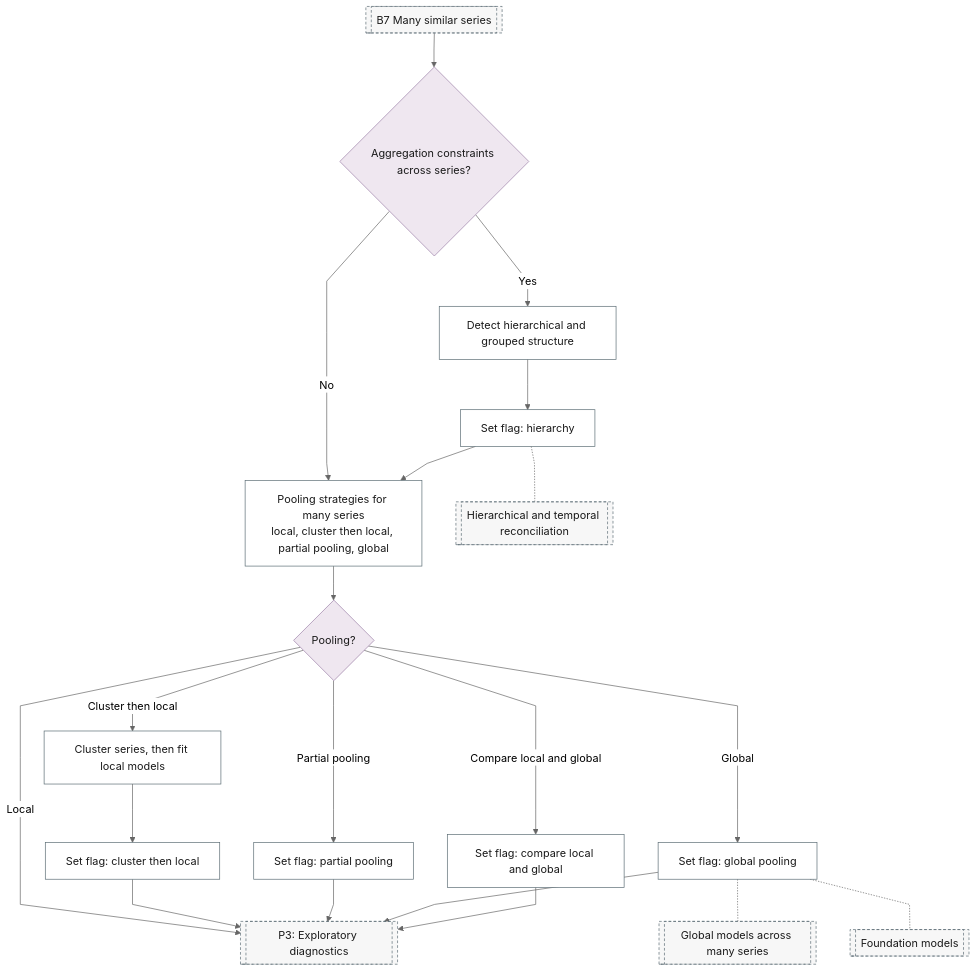
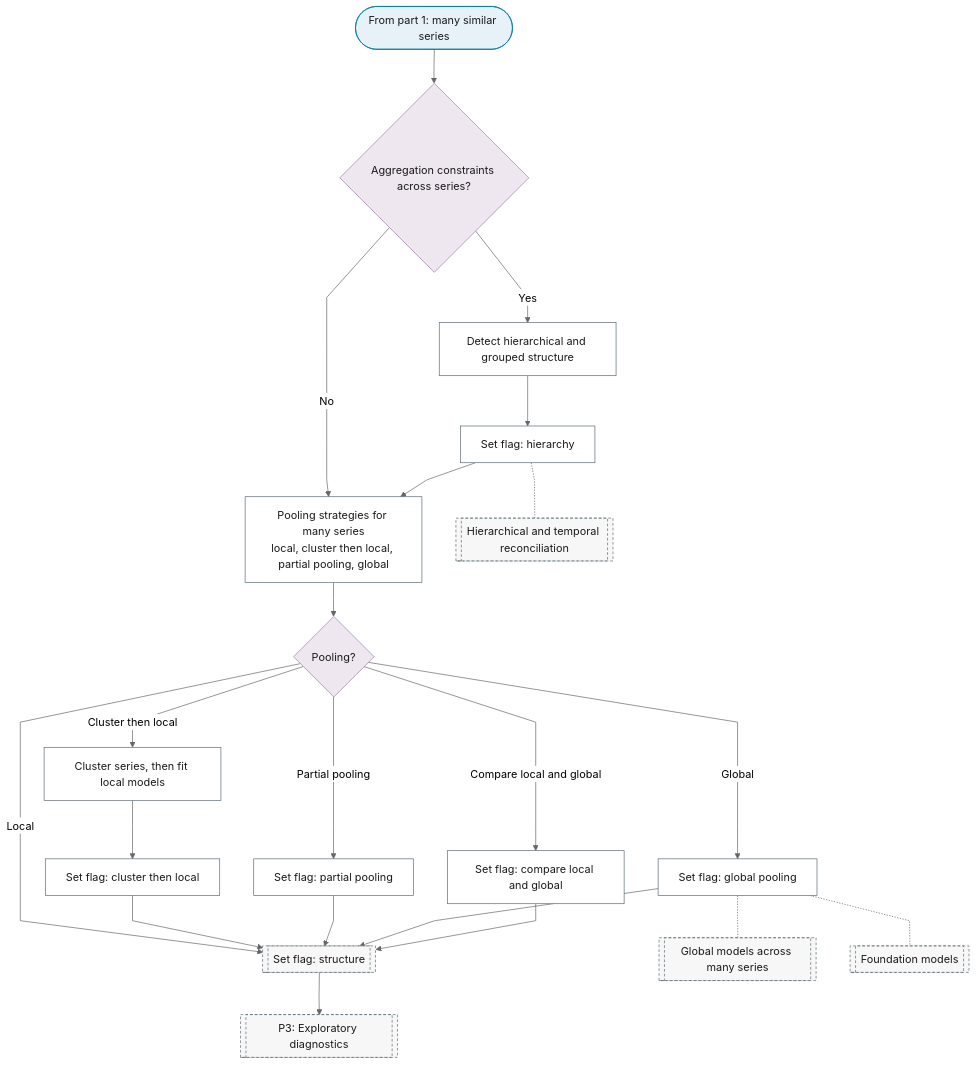
One commit to Shuxin-Y/time-series-analysis-manual changed the second of 2 diagrams in docs/01-workflow/p02-data-type-gate.md. Above: the diagram before and after it, drawn with Mermaid (neutral theme). The commit also changed other lines of this file and 14 other files, not shown here.

````diff
--- a/docs/01-workflow/p02-data-type-gate.md
+++ b/docs/01-workflow/p02-data-type-gate.md
@@ -71,31 +73,33 @@
 ```mermaid
 %%{init: {"flowchart": {"curve": "linear"}}}%%
 graph TD
-    B7[["B7 Many similar series"]] --> B7_AGGREGATION{"Aggregation constraints across series?"}
+    P2_PART_2_IN(["From part 1: many similar series"]) --> B7_AGGREGATION{"Aggregation constraints across series?"}
     B7_AGGREGATION -->|"Yes"| B7_HIERARCHY["Detect hierarchical and grouped structure"]
     B7_AGGREGATION -->|"No"| B7_GLOBAL_VS_LOCAL
     B7_HIERARCHY --> B7_HIERARCHY_FLAG["Set flag: hierarchy"]
     B7_HIERARCHY_FLAG --> B7_GLOBAL_VS_LOCAL["Pooling strategies for many series<br/>local, cluster then local, partial pooling, global"]
     B7_GLOBAL_VS_LOCAL --> B7_POOLING{"Pooling?"}
-    B7_POOLING -->|"Local"| P3[["P3: Exploratory diagnostics"]]
+    B7_POOLING -->|"Local"| P2_STRUCTURE_FLAG
     B7_POOLING -->|"Cluster then local"| B7_CLUSTER_THEN_LOCAL["Cluster series, then fit local models"]
     B7_POOLING -->|"Partial pooling"| B7_PARTIAL_FLAG["Set flag: partial pooling"]
     B7_POOLING -->|"Global"| B7_GLOBAL_FLAG["Set flag: global pooling"]
     B7_POOLING -->|"Compare local and global"| B7_COMPARE_FLAG["Set flag: compare local and global"]
     B7_CLUSTER_THEN_LOCAL --> B7_CLUSTER_FLAG["Set flag: cluster then local"]
-    B7_CLUSTER_FLAG & B7_PARTIAL_FLAG & B7_GLOBAL_FLAG & B7_COMPARE_FLAG --> P3
+    B7_CLUSTER_FLAG & B7_PARTIAL_FLAG & B7_GLOBAL_FLAG & B7_COMPARE_FLAG --> P2_STRUCTURE_FLAG[["Set flag: structure"]]
+    P2_STRUCTURE_FLAG --> P3[["P3: Exploratory diagnostics"]]
     B7_GLOBAL_FLAG -.- P6_GLOBAL_MODELS[["Global models across many series"]]
     B7_GLOBAL_FLAG -.- P6_FOUNDATION_MODELS[["Foundation models"]]
     B7_HIERARCHY_FLAG -.- P11_RECONCILIATION[["Hierarchical and temporal reconciliation"]]
     class B7_AGGREGATION,B7_POOLING decision
     class B7_HIERARCHY,B7_HIERARCHY_FLAG,B7_GLOBAL_VS_LOCAL,B7_CLUSTER_THEN_LOCAL,B7_CLUSTER_FLAG,B7_PARTIAL_FLAG,B7_GLOBAL_FLAG,B7_COMPARE_FLAG process
-    class B7,P3,P6_GLOBAL_MODELS,P6_FOUNDATION_MODELS,P11_RECONCILIATION ref
+    class P2_PART_2_IN terminator
+    class P2_STRUCTURE_FLAG,P3,P6_GLOBAL_MODELS,P6_FOUNDATION_MODELS,P11_RECONCILIATION ref
     classDef terminator fill:#E6F2F7,stroke:#007BA7,color:#1A1A1A;
     classDef process fill:#FFFFFF,stroke:#5A6B73,color:#1A1A1A;
     classDef decision fill:#EFE7F0,stroke:#9B7FA7,color:#1A1A1A;
     classDef data fill:#FFF4E0,stroke:#C9A55E,color:#1A1A1A;
     classDef good fill:#DCEFD8,stroke:#4A7A3F,color:#1A1A1A;
     classDef escalate fill:#FFE9C2,stroke:#C9A55E,color:#1A1A1A;
     classDef problem fill:#F2D9DE,stroke:#800020,color:#1A1A1A;
     classDef ref fill:#F7F7F7,stroke:#5A6B73,color:#1A1A1A,stroke-dasharray:4 3;
 ```
````
